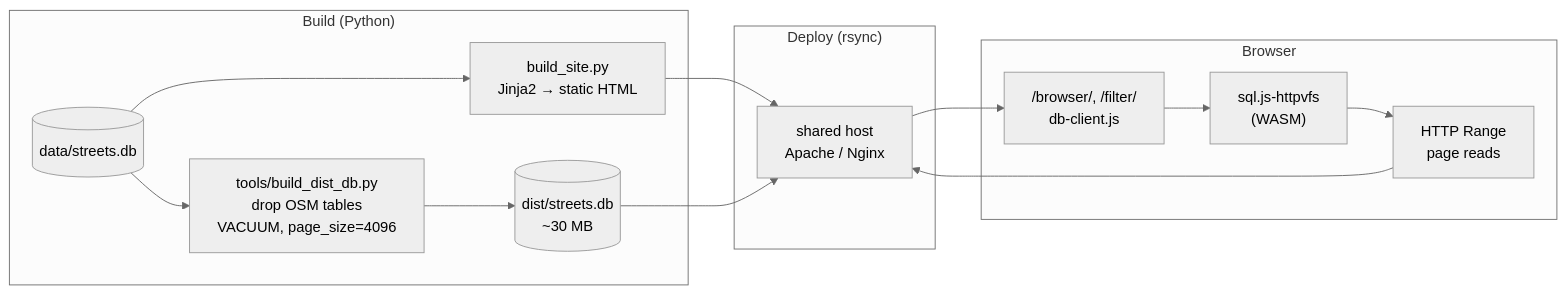
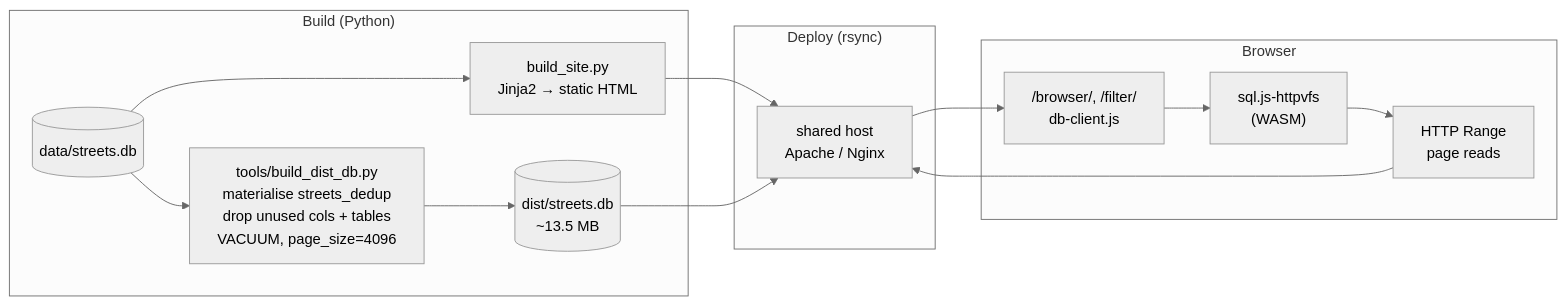
The third of 5 diagrams in README.md (gov2-ro/nume-strazi), drawn with Mermaid (neutral theme) before and after one commit. The commit also changed other lines of this file and 1 other file, not shown here.

````diff
--- a/README.md
+++ b/README.md
@@ -158,25 +158,25 @@
 ```mermaid
 flowchart LR
   subgraph build["Build (Python)"]
     DB[("data/streets.db")]
     SITE["build_site.py<br/>Jinja2 → static HTML"]
-    SLIM["tools/build_dist_db.py<br/>drop OSM tables<br/>VACUUM, page_size=4096"]
-    DIST[("dist/streets.db<br/>~30 MB")]
+    SLIM["tools/build_dist_db.py<br/>materialise streets_dedup<br/>drop unused cols + tables<br/>VACUUM, page_size=4096"]
+    DIST[("dist/streets.db<br/>~13.5 MB")]
   end
   subgraph dep["Deploy (rsync)"]
     HOST["shared host<br/>Apache / Nginx"]
   end
   subgraph runtime["Browser"]
     PAGE["/browser/, /filter/<br/>db-client.js"]
     WASM["sql.js-httpvfs<br/>(WASM)"]
     RANGE["HTTP Range<br/>page reads"]
   end
 
   DB --> SITE
   DB --> SLIM --> DIST
   SITE --> HOST
   DIST --> HOST
   HOST --> PAGE
   PAGE --> WASM
   WASM --> RANGE --> HOST
 ```
````
